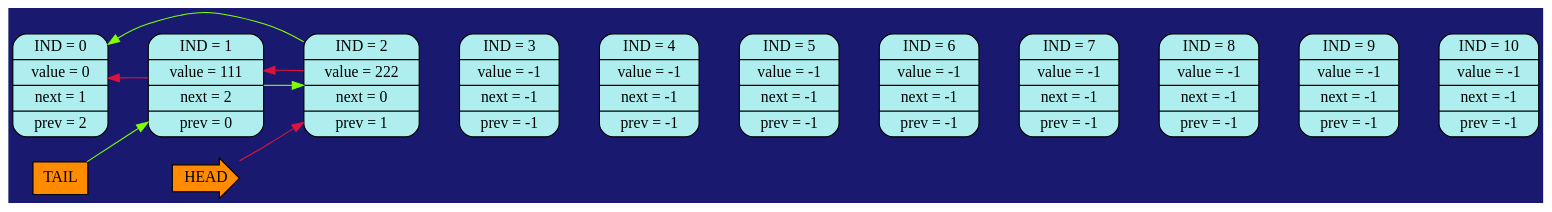
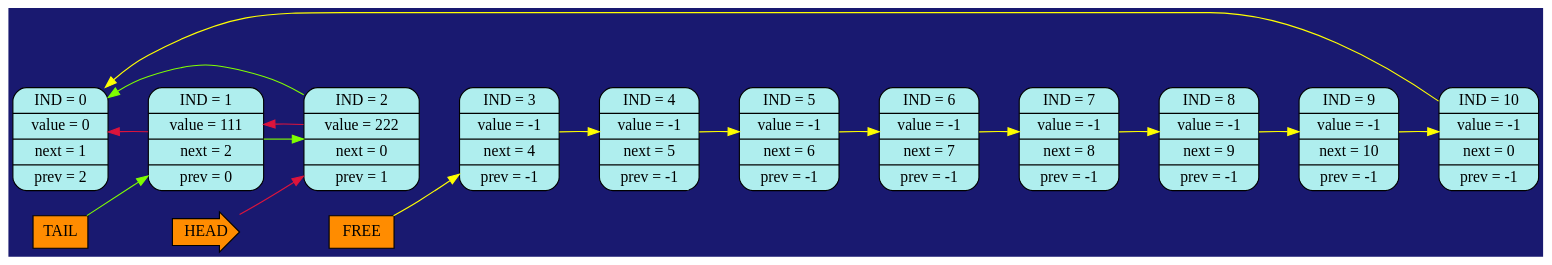
Before and after one commit to SashaKhaytina/List: the diagram in pictures/image02.dot, drawn with Graphviz. The commit also changed 23 other files, not shown here.

Commit message:
fast find free ind and new TEST4

```diff
--- a/pictures/image02.dot
+++ b/pictures/image02.dot
@@ -1,39 +1,49 @@
 digraph
 {
 bgcolor="#191970";
 rankdir = LR;
 edge[style="invis", weight = 1000000];
 IND_0[shape=Mrecord, label = "IND = 0 | value = 0 | next = 1 | prev = 2 ", style="filled",fillcolor="#AFEEEE"]
 IND_1[shape=Mrecord, label = "IND = 1 | value = 111 | next = 2 | prev = 0 ", style="filled",fillcolor="#AFEEEE"]
 IND_2[shape=Mrecord, label = "IND = 2 | value = 222 | next = 0 | prev = 1 ", style="filled",fillcolor="#AFEEEE"]
-IND_3[shape=Mrecord, label = "IND = 3 | value = -1 | next = -1 | prev = -1 ", style="filled",fillcolor="#AFEEEE"]
-IND_4[shape=Mrecord, label = "IND = 4 | value = -1 | next = -1 | prev = -1 ", style="filled",fillcolor="#AFEEEE"]
-IND_5[shape=Mrecord, label = "IND = 5 | value = -1 | next = -1 | prev = -1 ", style="filled",fillcolor="#AFEEEE"]
-IND_6[shape=Mrecord, label = "IND = 6 | value = -1 | next = -1 | prev = -1 ", style="filled",fillcolor="#AFEEEE"]
-IND_7[shape=Mrecord, label = "IND = 7 | value = -1 | next = -1 | prev = -1 ", style="filled",fillcolor="#AFEEEE"]
-IND_8[shape=Mrecord, label = "IND = 8 | value = -1 | next = -1 | prev = -1 ", style="filled",fillcolor="#AFEEEE"]
-IND_9[shape=Mrecord, label = "IND = 9 | value = -1 | next = -1 | prev = -1 ", style="filled",fillcolor="#AFEEEE"]
-IND_10[shape=Mrecord, label = "IND = 10 | value = -1 | next = -1 | prev = -1 ", style="filled",fillcolor="#AFEEEE"]
+IND_3[shape=Mrecord, label = "IND = 3 | value = -1 | next = 4 | prev = -1 ", style="filled",fillcolor="#AFEEEE"]
+IND_4[shape=Mrecord, label = "IND = 4 | value = -1 | next = 5 | prev = -1 ", style="filled",fillcolor="#AFEEEE"]
+IND_5[shape=Mrecord, label = "IND = 5 | value = -1 | next = 6 | prev = -1 ", style="filled",fillcolor="#AFEEEE"]
+IND_6[shape=Mrecord, label = "IND = 6 | value = -1 | next = 7 | prev = -1 ", style="filled",fillcolor="#AFEEEE"]
+IND_7[shape=Mrecord, label = "IND = 7 | value = -1 | next = 8 | prev = -1 ", style="filled",fillcolor="#AFEEEE"]
+IND_8[shape=Mrecord, label = "IND = 8 | value = -1 | next = 9 | prev = -1 ", style="filled",fillcolor="#AFEEEE"]
+IND_9[shape=Mrecord, label = "IND = 9 | value = -1 | next = 10 | prev = -1 ", style="filled",fillcolor="#AFEEEE"]
+IND_10[shape=Mrecord, label = "IND = 10 | value = -1 | next = 0 | prev = -1 ", style="filled",fillcolor="#AFEEEE"]
 IND_0 -> IND_1
 IND_1 -> IND_2
 IND_2 -> IND_3
 IND_3 -> IND_4
 IND_4 -> IND_5
 IND_5 -> IND_6
 IND_6 -> IND_7
 IND_7 -> IND_8
 IND_8 -> IND_9
 IND_9 -> IND_10
 TAIL[shape="rectangle", width = 0.5, height = 0.4, style="filled", fillcolor="#FF8C00"];
 HEAD[shape="rarrow", width = 0.5, height = 0.5, style="filled", fillcolor="#FF8C00"];
+FREE[shape="rectangle", width = 0.5, height = 0.4, style="filled", fillcolor="#FF8C00"];
 { rank = same; TAIL; IND_0}
-TAIL -> HEAD
+TAIL -> HEAD -> FREE
 edge[color="#7FFF00", weight = 1, style=""];
 IND_1 -> IND_2;
 IND_2 -> IND_0;
+IND_3 -> IND_4 [color="#FFFF00"];
+IND_4 -> IND_5 [color="#FFFF00"];
+IND_5 -> IND_6 [color="#FFFF00"];
+IND_6 -> IND_7 [color="#FFFF00"];
+IND_7 -> IND_8 [color="#FFFF00"];
+IND_8 -> IND_9 [color="#FFFF00"];
+IND_9 -> IND_10 [color="#FFFF00"];
+IND_10 -> IND_0 [color="#FFFF00"];
 TAIL -> IND_1;
+FREE -> IND_3 [color="#FFFF00"];
 edge[color="#DC143C", weight = 1, style=""];
 IND_1 -> IND_0;
 IND_2 -> IND_1;
 HEAD -> IND_2;
 }
```
